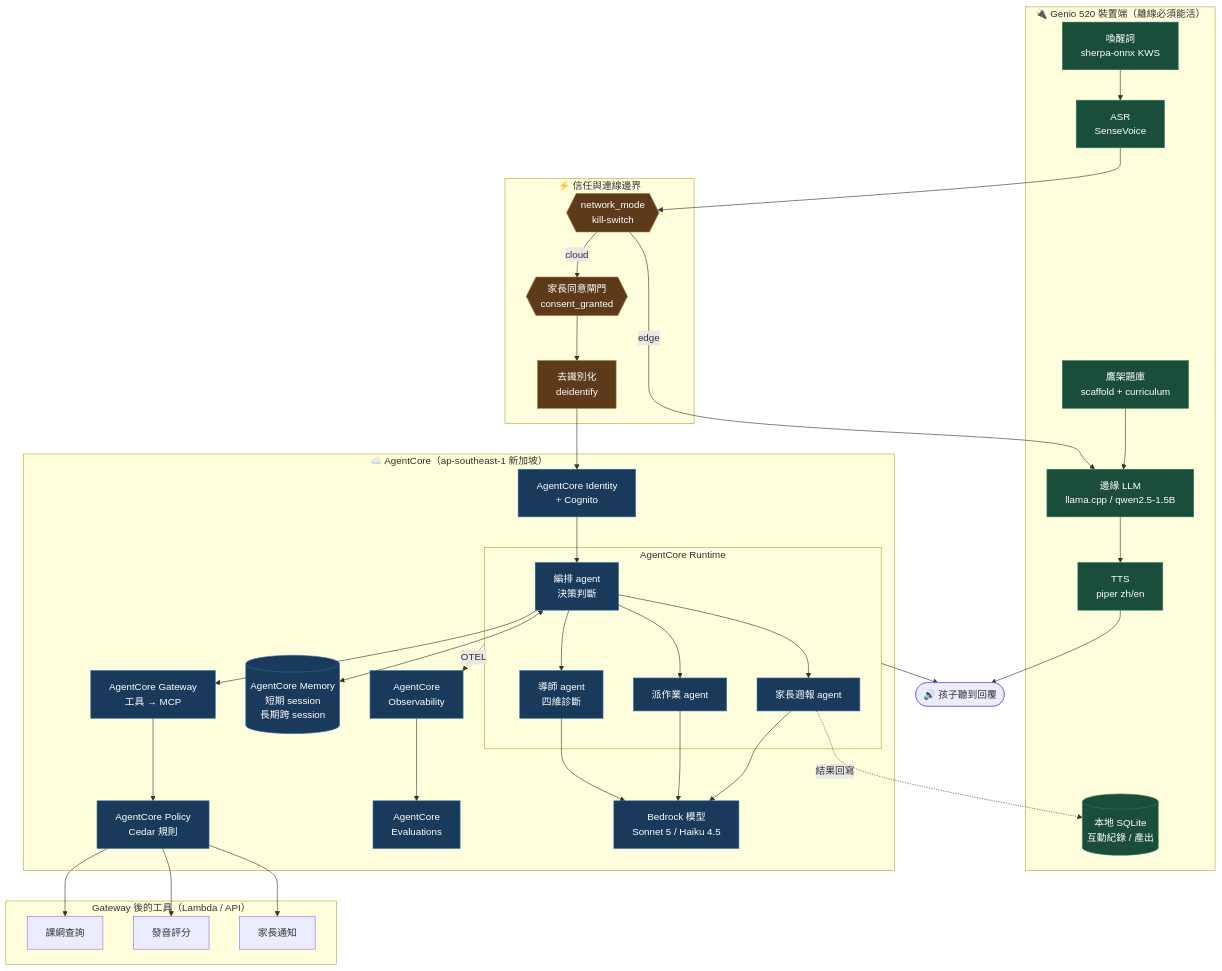
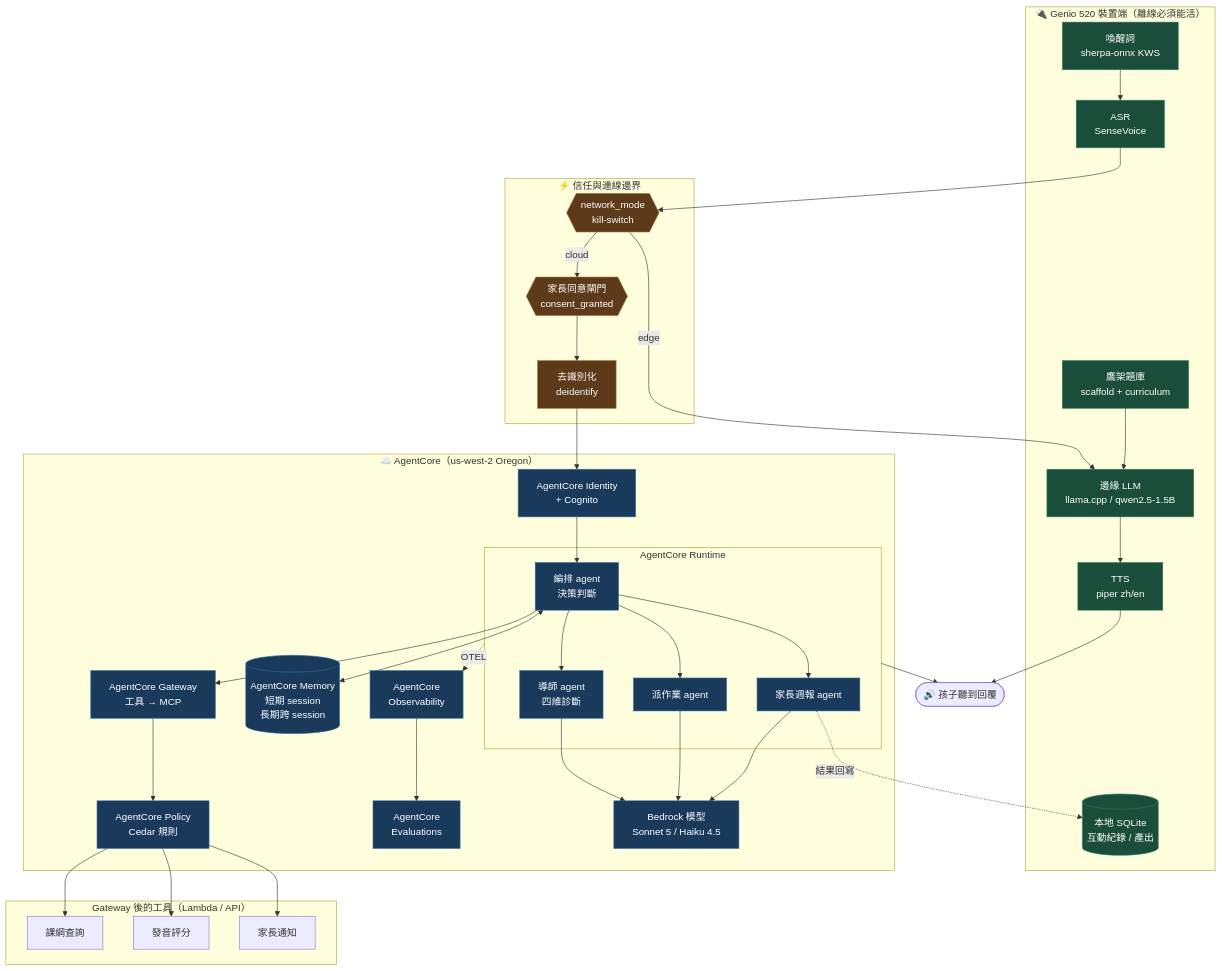
The first of 4 diagrams in docs/AGENTCORE_ARCHITECTURE.md (bbudaedu/talkybuddy), drawn with Mermaid before and after one commit. The commit also changed other lines of this file, not shown here.

````diff
--- a/docs/AGENTCORE_ARCHITECTURE.md
+++ b/docs/AGENTCORE_ARCHITECTURE.md
@@ -46,62 +62,62 @@
 ```mermaid
 flowchart TB
     subgraph EDGE["🔌 Genio 520 裝置端（離線必須能活）"]
         WAKE["喚醒詞<br/>sherpa-onnx KWS"]
         ASR["ASR<br/>SenseVoice"]
         ELLM["邊緣 LLM<br/>llama.cpp / qwen2.5-1.5B"]
         ETTS["TTS<br/>piper zh/en"]
         SQLITE[("本地 SQLite<br/>互動紀錄 / 產出")]
         SCAF["鷹架題庫<br/>scaffold + curriculum"]
     end
 
     subgraph BOUNDARY["⚡ 信任與連線邊界"]
         KILL{{"network_mode<br/>kill-switch"}}
         CONSENT{{"家長同意閘門<br/>consent_granted"}}
         DEID["去識別化<br/>deidentify"]
     end
 
-    subgraph CLOUD["☁️ AgentCore（ap-southeast-1 新加坡）"]
+    subgraph CLOUD["☁️ AgentCore（us-west-2 Oregon）"]
         subgraph RT["AgentCore Runtime"]
             ORCH["編排 agent<br/>決策判斷"]
             TUTOR["導師 agent<br/>四維診斷"]
             HW["派作業 agent"]
             RPT["家長週報 agent"]
         end
         MEM[("AgentCore Memory<br/>短期 session<br/>長期跨 session")]
         GW["AgentCore Gateway<br/>工具 → MCP"]
         IDP["AgentCore Identity<br/>+ Cognito"]
         POL["AgentCore Policy<br/>Cedar 規則"]
         OBS["AgentCore<br/>Observability"]
         EVAL["AgentCore<br/>Evaluations"]
         FM["Bedrock 模型<br/>Sonnet 5 / Haiku 4.5"]
     end
 
     subgraph TOOLS["Gateway 後的工具（Lambda / API）"]
         T1["課綱查詢"]
         T2["發音評分"]
         T3["家長通知"]
     end
 
     WAKE --> ASR --> KILL
     KILL -->|edge| ELLM
     ELLM --> ETTS
     SCAF --> ELLM
     KILL -->|cloud| CONSENT --> DEID --> IDP
     IDP --> ORCH
     ORCH --> TUTOR & HW & RPT
     ORCH <--> MEM
     TUTOR & HW & RPT --> FM
     ORCH --> GW --> POL
     POL --> T1 & T2 & T3
     RT -.OTEL.-> OBS --> EVAL
     RPT -.結果回寫.-> SQLITE
     ETTS --> OUT(["🔊 孩子聽到回覆"])
     RT --> OUT
 
     classDef edge fill:#1a4d3a,stroke:#2d7a5a,color:#fff
     classDef cloud fill:#1a3a5c,stroke:#2d6a9f,color:#fff
     classDef gate fill:#5c3a1a,stroke:#9f6a2d,color:#fff
     class WAKE,ASR,ELLM,ETTS,SQLITE,SCAF edge
     class ORCH,TUTOR,HW,RPT,MEM,GW,IDP,POL,OBS,EVAL,FM cloud
     class KILL,CONSENT,DEID gate
 ```
````
